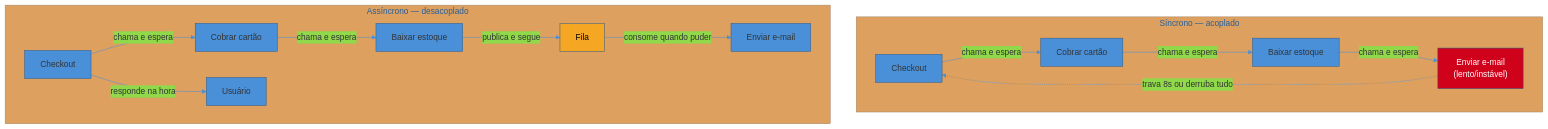
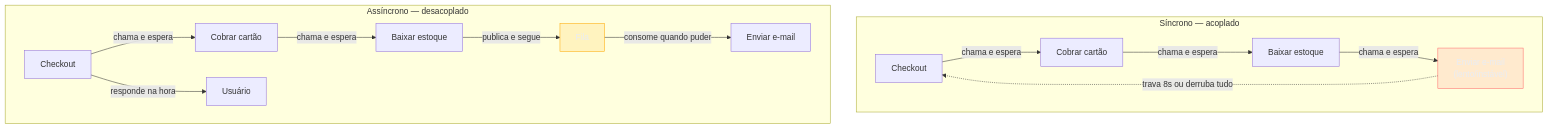
One commit to josenaldo/codex-technomanticus changed the first of 3 diagrams in 03-Dominios/Engenharia/Arquitetura/System Design/2 - Building blocks/05 - Message queues e processamento assíncrono.md. Above: the diagram before and after it, drawn with Mermaid. The commit also changed other lines of this file and 1181 other files, not shown here.

First line of the commit message:
fix(diagramas): paleta do sistema no lugar de cor cravada no markdown

````diff
--- a/03-Dominios/Engenharia/Arquitetura/System Design/2 - Building blocks/05 - Message queues e processamento assíncrono.md
+++ b/03-Dominios/Engenharia/Arquitetura/System Design/2 - Building blocks/05 - Message queues e processamento assíncrono.md
@@ -32,19 +32,20 @@
 ```mermaid
-%%{init: {"theme": "base", "themeVariables": {"primaryColor": "#4A90D9", "primaryBorderColor": "#2E5C8A", "lineColor": "#4A90D9"}}}%%
 graph TD
+    classDef falha fill:#FF6B6B24,stroke:#FF6B6B,color:#E9ECF2
+    classDef destaque fill:#FFAA0024,stroke:#FFAA00,color:#E9ECF2
     subgraph SYNC["Síncrono — acoplado"]
         C1["Checkout"] -->|"chama e espera"| P1["Cobrar cartão"]
         P1 -->|"chama e espera"| P2["Baixar estoque"]
         P2 -->|"chama e espera"| P3["Enviar e-mail<br/>(lento/instável)"]
         P3 -.->|"trava 8s ou derruba tudo"| C1
     end
     subgraph ASYNC["Assíncrono — desacoplado"]
         C2["Checkout"] -->|"chama e espera"| Q1["Cobrar cartão"]
         Q1 -->|"chama e espera"| Q2["Baixar estoque"]
         Q2 -->|"publica e segue"| MQ["Fila"]
         C2 -->|"responde na hora"| U["Usuário"]
         MQ -->|"consome quando puder"| Q3["Enviar e-mail"]
     end
-    style P3 fill:#D0021B,color:#fff
-    style MQ fill:#F5A623,color:#000
+    class P3 falha
+    class MQ destaque
 ```
````
